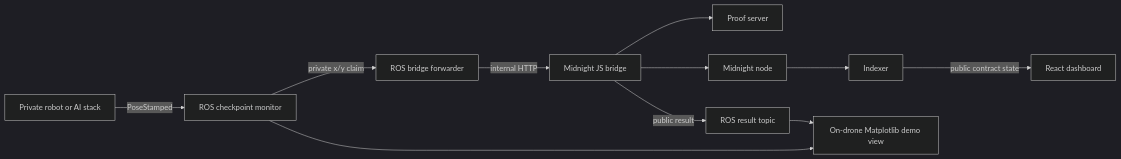
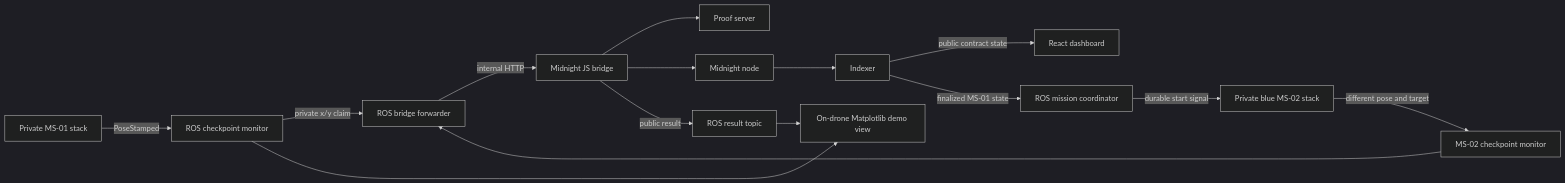
The diagram in README.md (Toyin5/midnight-swarm), drawn with Mermaid (dark theme) before and after one commit. The commit also changed other lines of this file and 19 other files, not shown here.

````diff
--- a/README.md
+++ b/README.md
@@ -69,13 +70,17 @@
 ```mermaid
 flowchart LR
-    A[Private robot or AI stack] -->|PoseStamped| R[ROS checkpoint monitor]
+    A[Private MS-01 stack] -->|PoseStamped| R[ROS checkpoint monitor]
     R -->|private x/y claim| F[ROS bridge forwarder]
     F -->|internal HTTP| B[Midnight JS bridge]
     B --> P[Proof server]
     B --> N[Midnight node]
     N --> I[Indexer]
     I -->|public contract state| W[React dashboard]
     B -->|public result| V[ROS result topic]
     R --> M[On-drone Matplotlib demo view]
     V --> M
+    I -->|finalized MS-01 state| C[ROS mission coordinator]
+    C -->|durable start signal| A2[Private blue MS-02 stack]
+    A2 -->|different pose and target| R2[MS-02 checkpoint monitor]
+    R2 --> F
 ```
````
